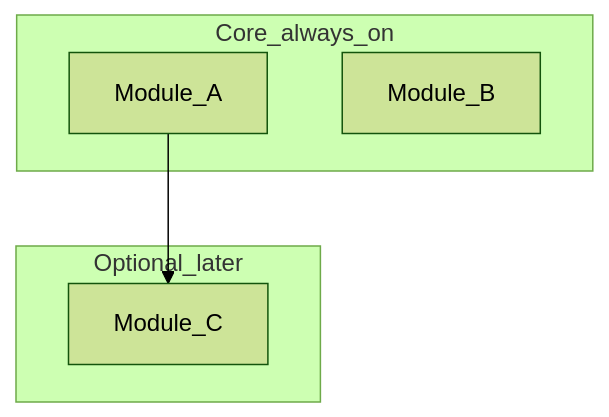
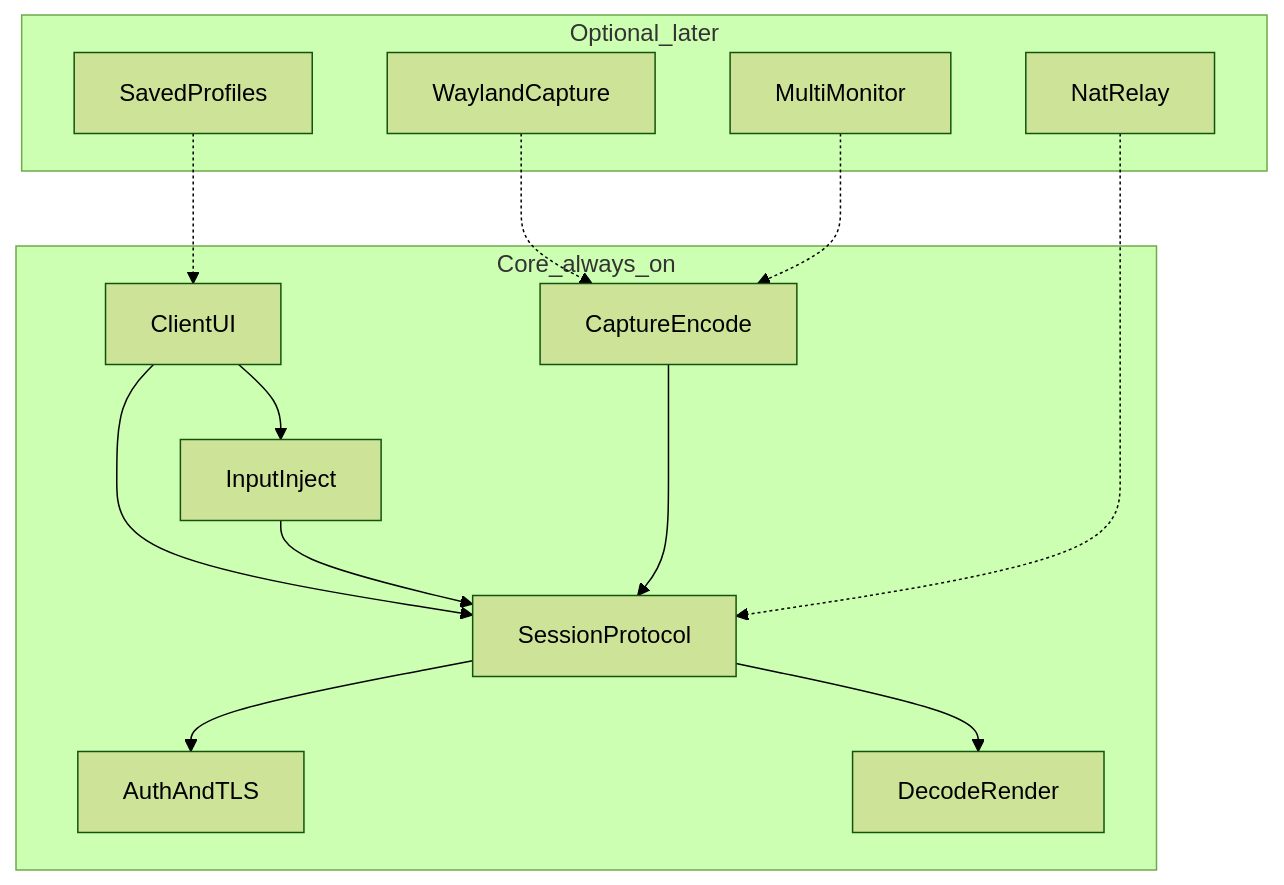
Before and after one commit to ArmaghanAsghar/TeamViewer: the diagram in .cursor/brain/MODULES.md, drawn with Mermaid (forest theme). The commit also changed other lines of this file and 12 other files, not shown here.

````diff
--- a/.cursor/brain/MODULES.md
+++ b/.cursor/brain/MODULES.md
@@ -6,11 +6,27 @@
 ```mermaid
 flowchart TB
   subgraph core [Core_always_on]
-    A[Module_A]
-    B[Module_B]
+    UI[ClientUI]
+    Proto[SessionProtocol]
+    AuthTLS[AuthAndTLS]
+    CapEnc[CaptureEncode]
+    Inject[InputInject]
+    DecRen[DecodeRender]
   end
   subgraph optional [Optional_later]
-    C[Module_C]
+    Profiles[SavedProfiles]
+    Wayland[WaylandCapture]
+    MultiMon[MultiMonitor]
+    Relay[NatRelay]
   end
-  A --> C
+  UI --> Proto
+  Proto --> AuthTLS
+  CapEnc --> Proto
+  Proto --> DecRen
+  UI --> Inject
+  Inject --> Proto
+  Wayland -.-> CapEnc
+  MultiMon -.-> CapEnc
+  Profiles -.-> UI
+  Relay -.-> Proto
 ```
````
